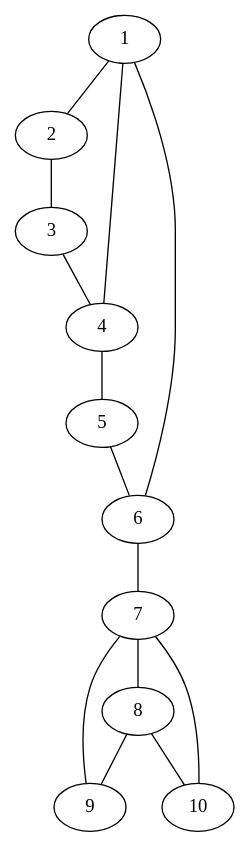
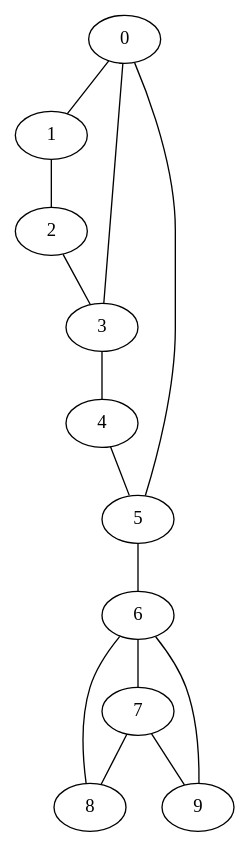
The diagram in test_k1_from_paper.dot (McFlip/k-automorphic-graph), drawn with Graphviz before and after one commit. The commit also changed 8 other files, not shown here.

```diff
--- a/test_k1_from_paper.dot
+++ b/test_k1_from_paper.dot
@@ -1,25 +1,25 @@
 graph g {
+  0; 
   1;
   2;
   3;
   4;
   5;
   6;
   7;
   8;
   9;
-  10;
+  0 -- 1;
+  0 -- 3;
+  0 -- 5;
   1 -- 2;
-  1 -- 4;
-  1 -- 6;
   2 -- 3;
   3 -- 4;
   4 -- 5;
   5 -- 6;
   6 -- 7;
+  6 -- 8;
+  6 -- 9;
   7 -- 8;
   7 -- 9;
-  7 -- 10;
-  8 -- 9;
-  8 -- 10;
 }
```
